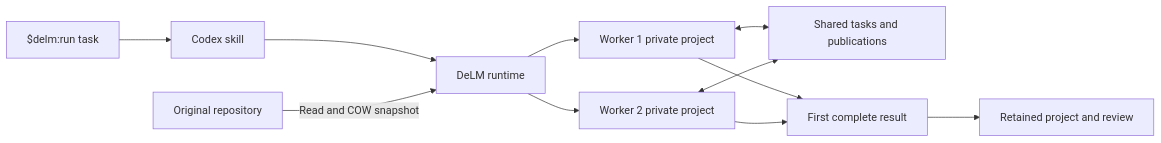
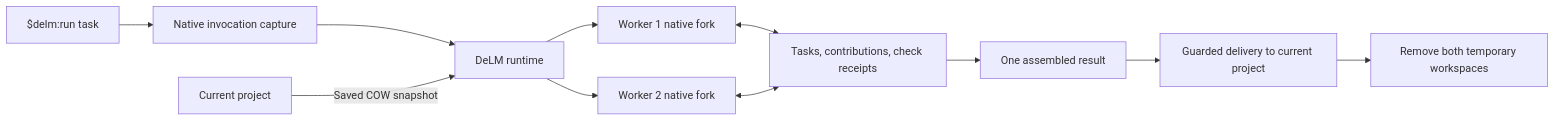
Before and after one commit to Decentralized-LM/delm-agent-plugin: the diagram in docs/architecture.md, drawn with Mermaid. The commit also changed other lines of this file and 50 other files, not shown here.

First line of the commit message:
Improve DeLM coordination and deliver results to the original project

````diff
--- a/docs/architecture.md
+++ b/docs/architecture.md
@@ -5,13 +5,13 @@
 ```mermaid
 flowchart LR
-  User["$delm:run task"] --> Skill[Codex skill]
-  Skill --> Runtime[DeLM runtime]
-  Original[Original repository] -->|Read and COW snapshot| Runtime
-  Runtime --> W1[Worker 1 private project]
-  Runtime --> W2[Worker 2 private project]
-  W1 <--> Board[Shared tasks and publications]
+  User["$delm:run task"] --> Hook[Native invocation capture]
+  Hook --> Runtime[DeLM runtime]
+  Original[Current project] -->|Saved COW snapshot| Runtime
+  Runtime --> W1[Worker 1 native fork]
+  Runtime --> W2[Worker 2 native fork]
+  W1 <--> Board[Tasks, contributions, check receipts]
   W2 <--> Board
-  W1 --> Result[First complete result]
-  W2 --> Result
-  Result --> Review[Retained project and review]
+  Board --> Result[One assembled result]
+  Result --> Delivery[Guarded delivery to current project]
+  Delivery --> Cleanup[Remove both temporary workspaces]
 ```
````
